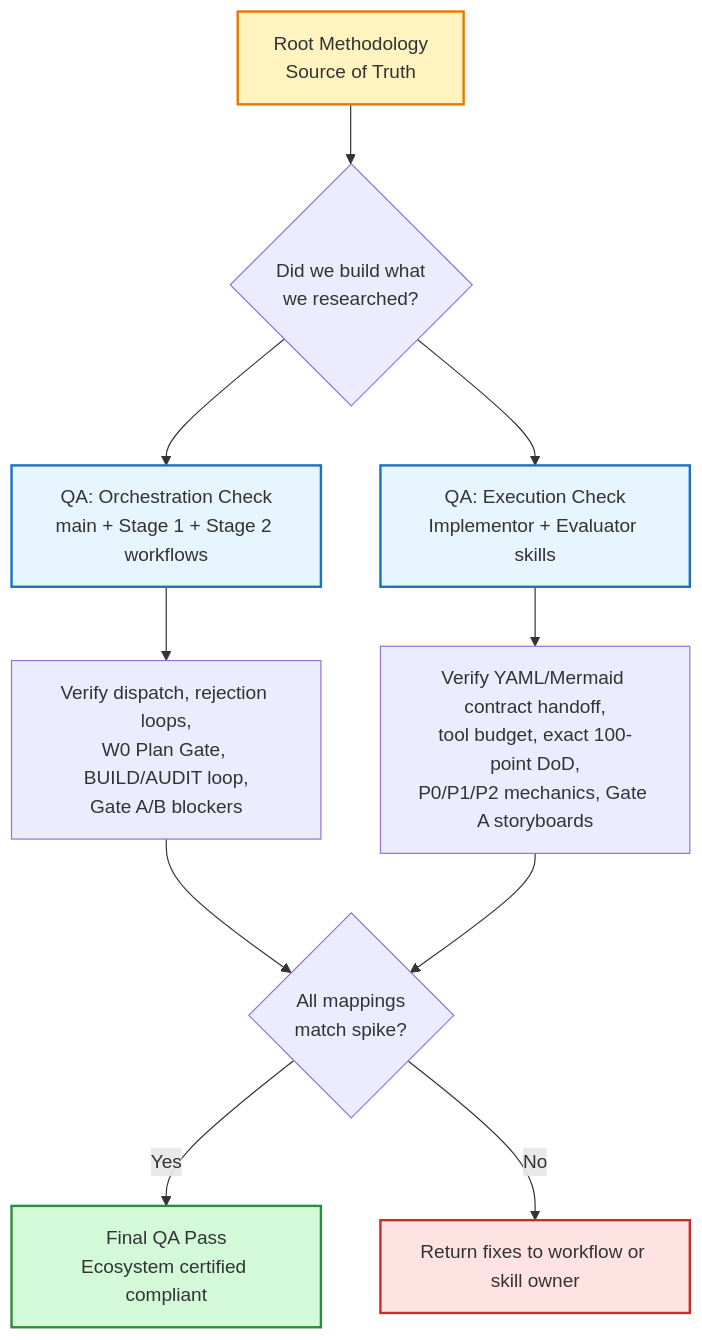
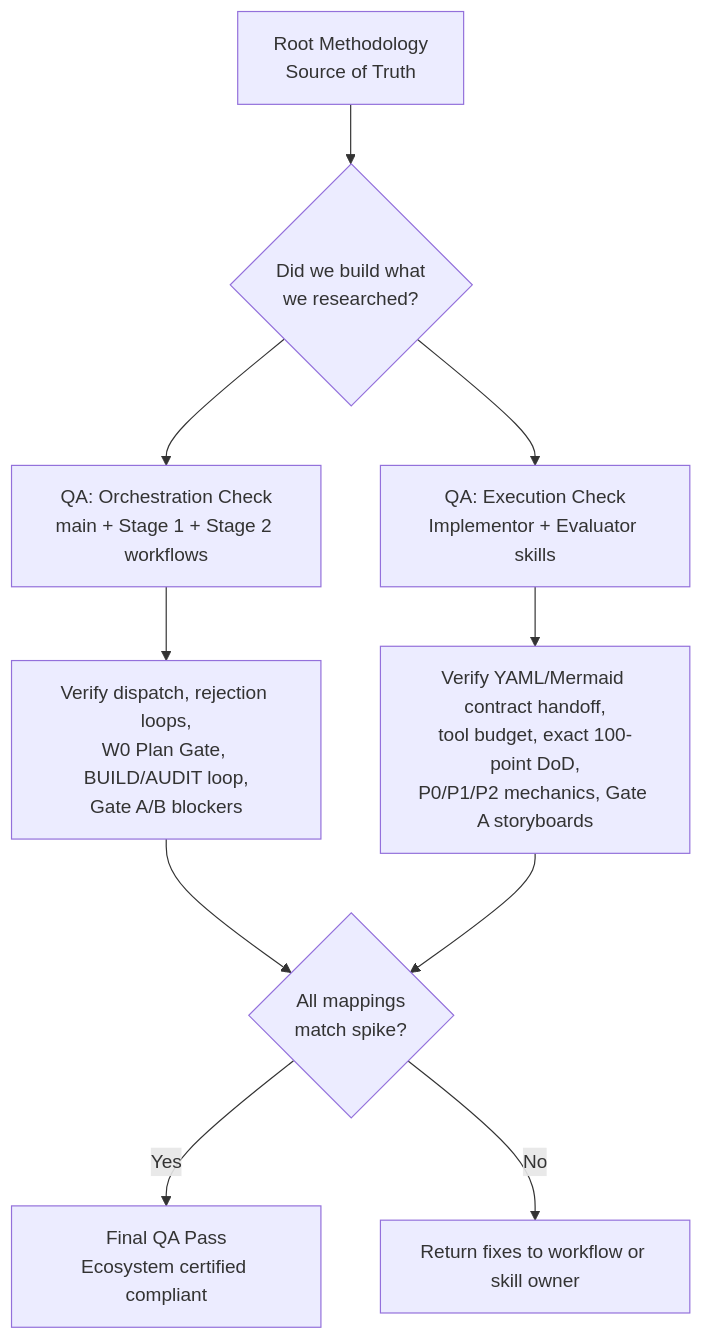
One commit to duyhunghd6/gmind changed the third of 6 diagrams in docs/researches/spikes/spike-design-system-ralph-loop-agent.md. Above: the diagram before and after it, drawn with Mermaid. The commit also changed other lines of this file, not shown here.

First line of the commit message:
docs(spike): remove CSS styling from mermaid diagrams

````diff
--- a/docs/researches/spikes/spike-design-system-ralph-loop-agent.md
+++ b/docs/researches/spikes/spike-design-system-ralph-loop-agent.md
@@ -97,25 +90,21 @@
 ```mermaid
 flowchart TB
-  classDef source fill:#fff3bf,stroke:#e67700,stroke-width:2px;
-  classDef qa fill:#e7f5ff,stroke:#1971c2,stroke-width:2px;
-  classDef pass fill:#d3f9d8,stroke:#2b8a3e,stroke-width:2px;
-  classDef fail fill:#ffe3e3,stroke:#c92a2a,stroke-width:2px;
 
-  Source["Root Methodology<br/>Source of Truth"]:::source
+  Source["Root Methodology<br/>Source of Truth"]
   Question{"Did we build what<br/>we researched?"}
-  Orch["QA: Orchestration Check<br/>main + Stage 1 + Stage 2 workflows"]:::qa
-  Skills["QA: Execution Check<br/>Implementor + Evaluator skills"]:::qa
+  Orch["QA: Orchestration Check<br/>main + Stage 1 + Stage 2 workflows"]
+  Skills["QA: Execution Check<br/>Implementor + Evaluator skills"]
   OrchChecks["Verify dispatch, rejection loops,<br/>W0 Plan Gate, BUILD/AUDIT loop,<br/>Gate A/B blockers"]
   SkillChecks["Verify YAML/Mermaid contract handoff,<br/>tool budget, exact 100-point DoD,<br/>P0/P1/P2 mechanics, Gate A storyboards"]
   Final{"All mappings<br/>match spike?"}
-  Pass["Final QA Pass<br/>Ecosystem certified compliant"]:::pass
-  Fail["Return fixes to workflow or skill owner"]:::fail
+  Pass["Final QA Pass<br/>Ecosystem certified compliant"]
+  Fail["Return fixes to workflow or skill owner"]
 
   Source --> Question
   Question --> Orch
   Question --> Skills
   Orch --> OrchChecks --> Final
   Skills --> SkillChecks --> Final
   Final -->|Yes| Pass
   Final -->|No| Fail
 ```
````
